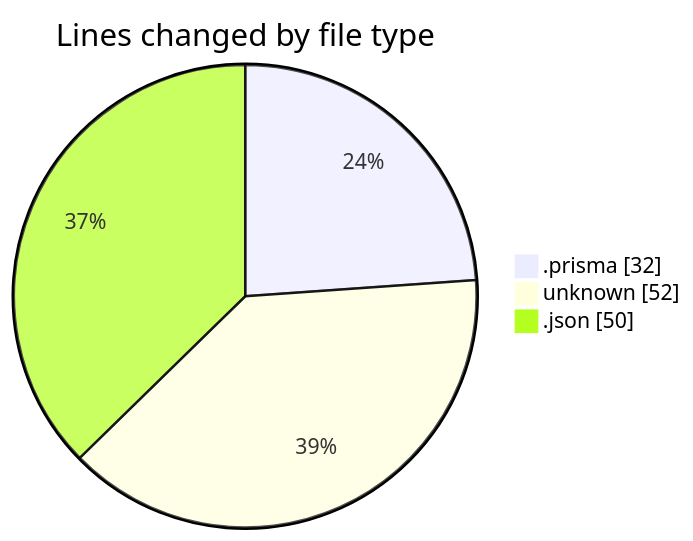
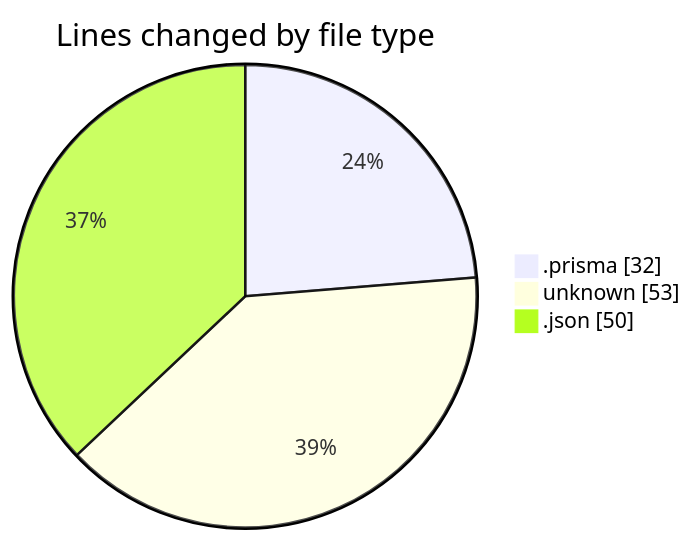
The first of 2 diagrams in 2025-01-24/good-pr/README.md (momahboobian/code-tracking), drawn with Mermaid before and after one commit. The commit also changed other lines of this file and 1 other file, not shown here.

````diff
--- a/2025-01-24/good-pr/README.md
+++ b/2025-01-24/good-pr/README.md
@@ -23,7 +23,7 @@
 ```mermaid
 pie showData
 title Lines changed by file type
 ".prisma" : 32
-"unknown" : 52
+"unknown" : 53
 ".json" : 50
 ```
````
